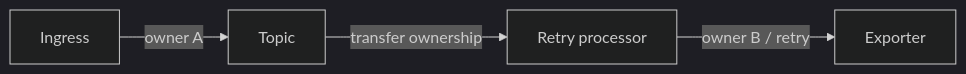
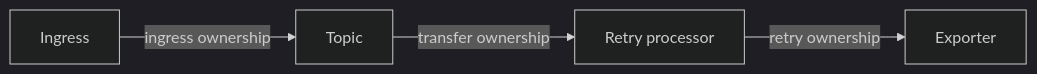
The fifth of 7 diagrams in rust/otap-dataflow/docs/memory-resource-management.md (open-telemetry/otel-arrow), drawn with Mermaid (dark theme) before and after one commit. The commit also changed other lines of this file, not shown here.

````diff
--- a/rust/otap-dataflow/docs/memory-resource-management.md
+++ b/rust/otap-dataflow/docs/memory-resource-management.md
@@ -267,11 +284,11 @@
 ```mermaid
 flowchart LR
     I[Ingress]
     T[Topic]
     R[Retry processor]
     E[Exporter]
 
-    I -->|owner A| T
+    I -->|ingress ownership| T
     T -->|transfer ownership| R
-    R -->|owner B / retry| E
+    R -->|retry ownership| E
 ```
````
